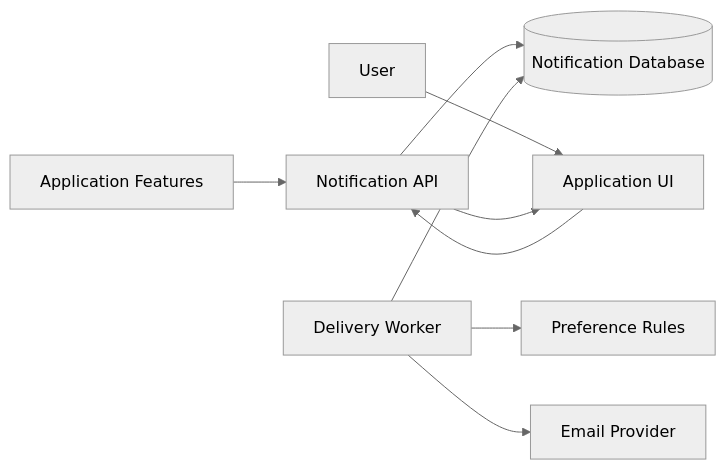
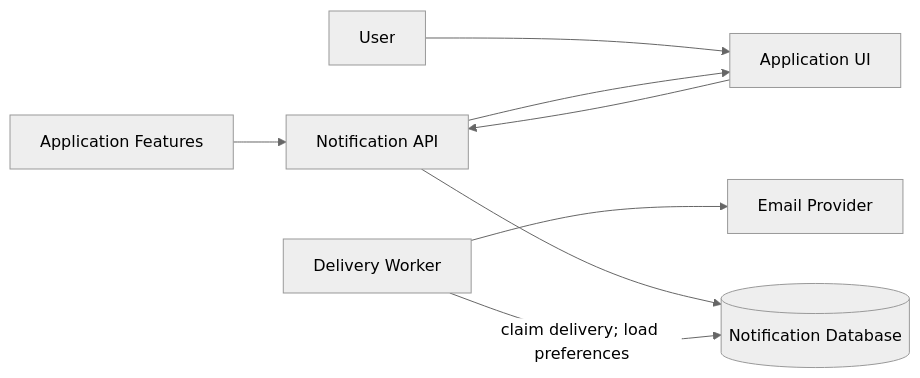
Before and after one commit to ehuerta6/bloomberg-interview-practice: the first of 2 diagrams in solutions/system-design/09-notification-delivery-system.md, drawn with Mermaid (neutral theme). The commit also changed other lines of this file and 16 other files, not shown here.

````diff
--- a/solutions/system-design/09-notification-delivery-system.md
+++ b/solutions/system-design/09-notification-delivery-system.md
@@ -30,11 +30,10 @@
 ```mermaid
 flowchart LR
     Features[Application Features] --> API[Notification API]
     API --> DB[(Notification Database)]
-    Worker[Delivery Worker] --> DB
-    Worker --> Pref[Preference Rules]
+    Worker[Delivery Worker] -->|claim delivery; load preferences| DB
     Worker --> Email[Email Provider]
     User[User] --> App[Application UI]
     App --> API
     API --> App
 ```
````
